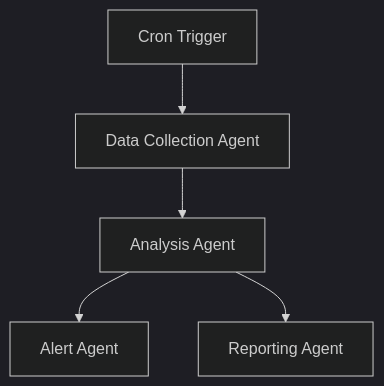
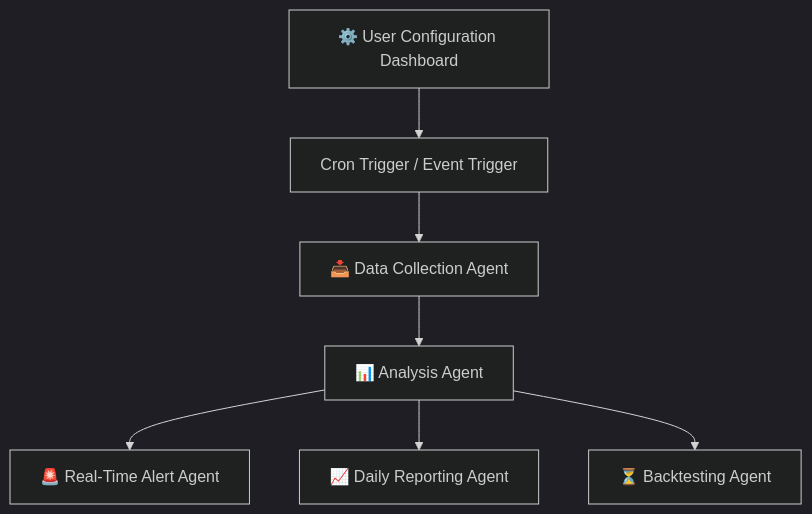
One commit to ramkoorakula14/procal-stockmarcket changed the diagram in README.md. Above: the diagram before and after it, drawn with Mermaid (dark theme).

````diff
--- a/README.md
+++ b/README.md
@@ -164,7 +164,11 @@
 ```mermaid
 graph TD
-A[Cron Trigger] --> B[Data Collection Agent]
-B --> C[Analysis Agent]
-C --> D[Alert Agent]
-C --> E[Reporting Agent]
+
+A[⚙️ User Configuration Dashboard] --> B[Cron Trigger / Event Trigger]
+B --> C[📥 Data Collection Agent]
+C --> D[📊 Analysis Agent]
+D --> E[🚨 Real-Time Alert Agent]
+D --> F[📈 Daily Reporting Agent]
+D --> G[⏳ Backtesting Agent]
+
 ```
````
